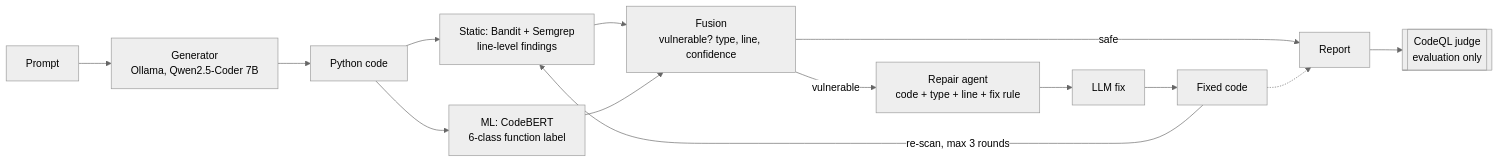
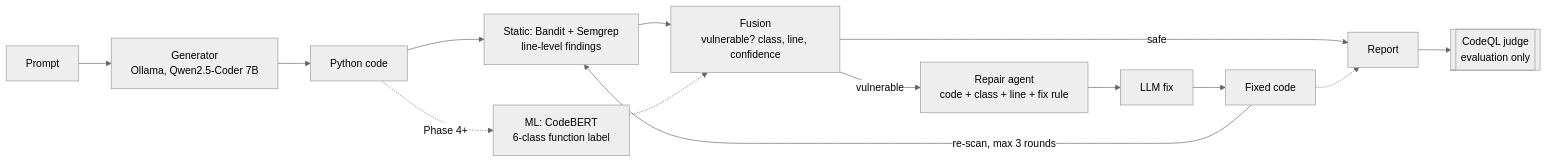
The diagram in docs/architecture.md (prakashganta207/Code-Gaurd), drawn with Mermaid (neutral theme) before and after one commit. The commit also changed other lines of this file and 3 other files, not shown here.

Commit message:
docs: CLAUDE.md, architecture, learning notes, README for Phase 0

````diff
--- a/docs/architecture.md
+++ b/docs/architecture.md
@@ -3,16 +3,16 @@
 ```mermaid
 flowchart LR
     P[Prompt] --> G[Generator<br/>Ollama, Qwen2.5-Coder 7B]
     G --> C[Python code]
     C --> S[Static: Bandit + Semgrep<br/>line-level findings]
-    C --> M[ML: CodeBERT<br/>6-class function label]
-    S --> F[Fusion<br/>vulnerable? type, line, confidence]
-    M --> F
+    C -.Phase 4+.-> M[ML: CodeBERT<br/>6-class function label]
+    S --> F[Fusion<br/>vulnerable? class, line, confidence]
+    M -.-> F
     F -- safe --> R[Report]
-    F -- vulnerable --> A[Repair agent<br/>code + type + line + fix rule]
+    F -- vulnerable --> A[Repair agent<br/>code + class + line + fix rule]
     A --> G2[LLM fix]
     G2 --> C2[Fixed code]
     C2 -- re-scan, max 3 rounds --> S
     C2 -.-> R
     R --> J[[CodeQL judge<br/>evaluation only]]
 ```
````
